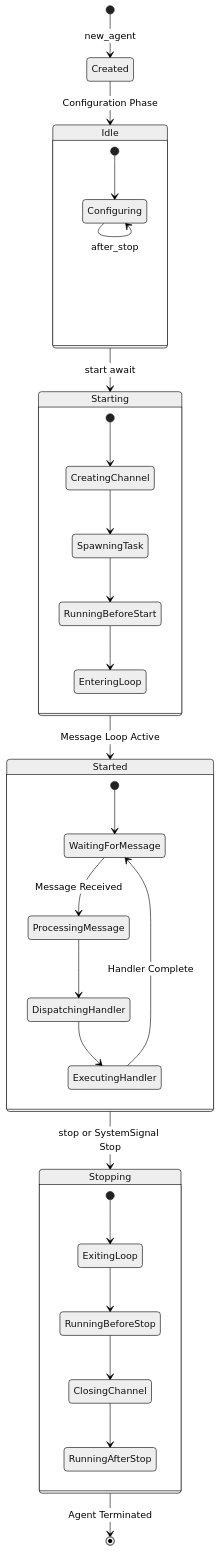
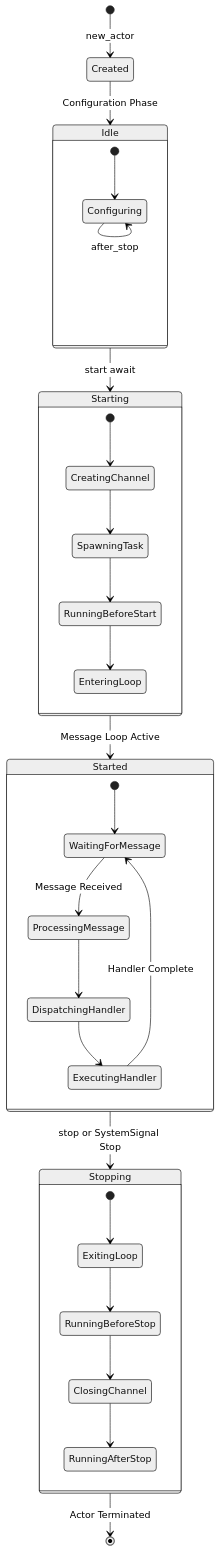
Before and after one commit to Govcraft/acton-reactive: the third of 12 diagrams in acton-docs-site/src/app/docs/architecture/page.md, drawn with Mermaid (neutral theme). The commit also changed other lines of this file and 115 other files, not shown here.

````diff
--- a/acton-docs-site/src/app/docs/architecture/page.md
+++ b/acton-docs-site/src/app/docs/architecture/page.md
@@ -180,45 +171,45 @@
 ```mermaid
 stateDiagram-v2
-    [*] --> Created: new_agent
+    [*] --> Created: new_actor
     Created --> Idle: Configuration Phase
 
     state Idle {
         [*] --> Configuring
         Configuring --> Configuring: mutate_on
         Configuring --> Configuring: act_on
         Configuring --> Configuring: before_start
         Configuring --> Configuring: after_start
         Configuring --> Configuring: before_stop
         Configuring --> Configuring: after_stop
     }
 
     Idle --> Starting: start await
 
     state Starting {
         [*] --> CreatingChannel
         CreatingChannel --> SpawningTask
         SpawningTask --> RunningBeforeStart
         RunningBeforeStart --> EnteringLoop
     }
 
     Starting --> Started: Message Loop Active
 
     state Started {
         [*] --> WaitingForMessage
         WaitingForMessage --> ProcessingMessage: Message Received
         ProcessingMessage --> DispatchingHandler
         DispatchingHandler --> ExecutingHandler
         ExecutingHandler --> WaitingForMessage: Handler Complete
     }
 
     Started --> Stopping: stop or SystemSignal Stop
 
     state Stopping {
         [*] --> ExitingLoop
         ExitingLoop --> RunningBeforeStop
         RunningBeforeStop --> ClosingChannel
         ClosingChannel --> RunningAfterStop
     }
 
-    Stopping --> [*]: Agent Terminated
+    Stopping --> [*]: Actor Terminated
 ```
````
